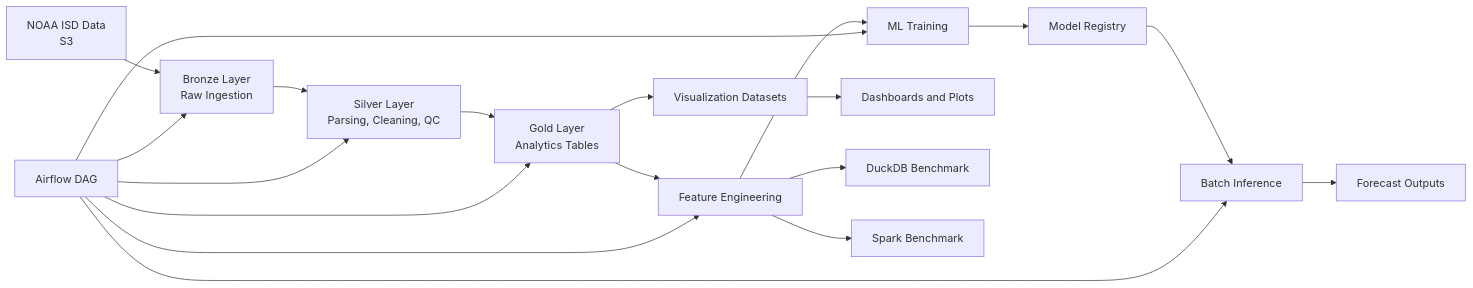
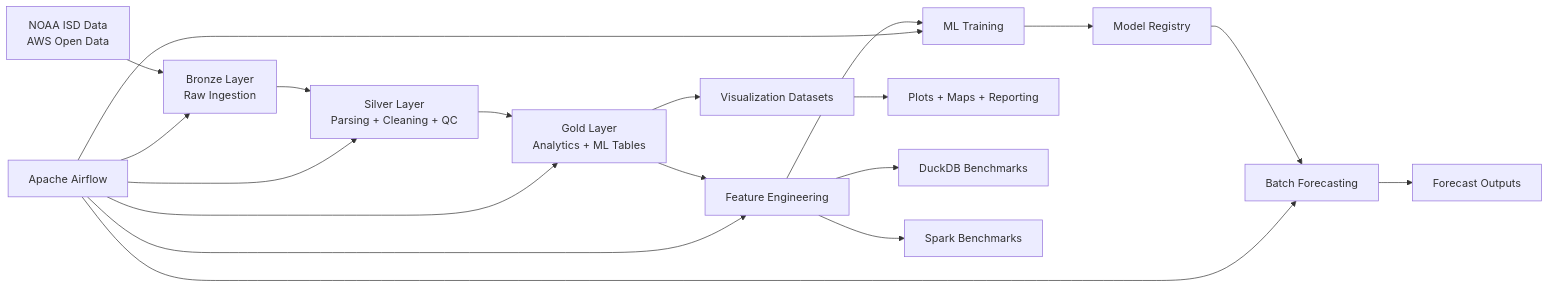
The diagram in README.md (ibrahimhamza01/renewable-energy-forecasting-pipeline), drawn with Mermaid before and after one commit. The commit also changed other lines of this file, not shown here.

`````diff
--- a/README.md
+++ b/README.md
@@ -29,25 +47,26 @@
 ```mermaid
 flowchart LR
 
-A["NOAA ISD Data<br/>S3"] --> B["Bronze Layer<br/>Raw Ingestion"]
-B --> C["Silver Layer<br/>Parsing, Cleaning, QC"]
-C --> D["Gold Layer<br/>Analytics Tables"]
+A["NOAA ISD Data<br/>AWS Open Data"] --> B["Bronze Layer<br/>Raw Ingestion"]
+B --> C["Silver Layer<br/>Parsing + Cleaning + QC"]
+C --> D["Gold Layer<br/>Analytics + ML Tables"]
+
 D --> E["Feature Engineering"]
 E --> F["ML Training"]
 F --> G["Model Registry"]
-G --> H["Batch Inference"]
+G --> H["Batch Forecasting"]
 H --> I["Forecast Outputs"]
 
 D --> J["Visualization Datasets"]
-J --> K["Dashboards and Plots"]
+J --> K["Plots + Maps + Reporting"]
 
-E --> L["DuckDB Benchmark"]
-E --> M["Spark Benchmark"]
+E --> L["DuckDB Benchmarks"]
+E --> M["Spark Benchmarks"]
 
-N["Airflow DAG"] --> B
+N["Apache Airflow"] --> B
 N --> C
 N --> D
 N --> E
 N --> F
 N --> H
-````
+```
`````
